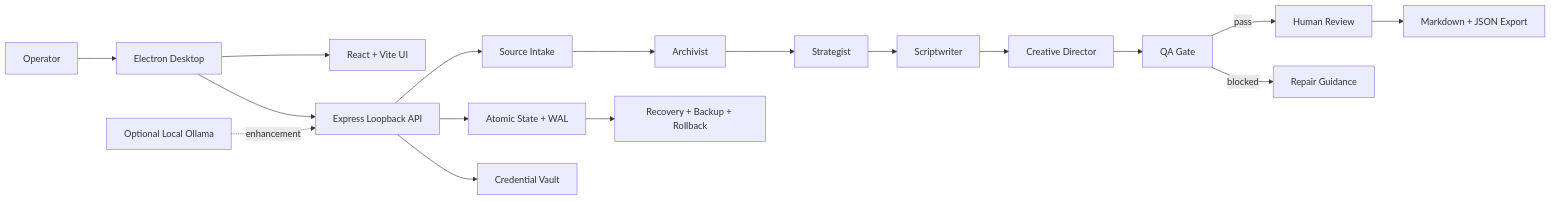
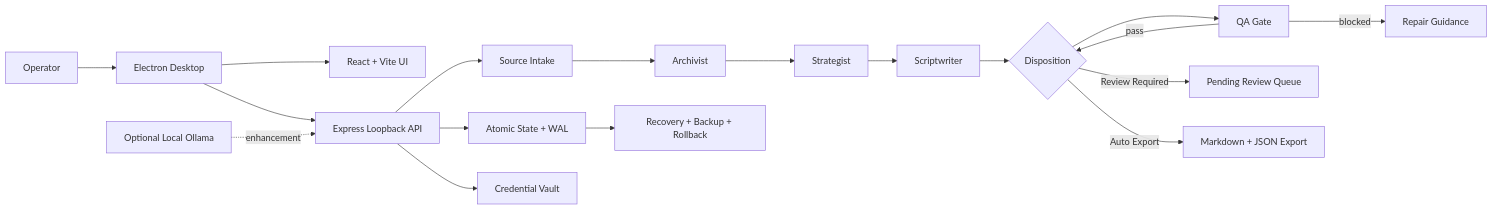
One commit to justinevans4040-cloud/wake-engine-v6 changed the first of 2 diagrams in ARCHITECTURE.md. Above: the diagram before and after it, drawn with Mermaid. The commit also changed other lines of this file and 8 other files, not shown here.

Commit message:
WAK-19: truth-align Review and export claims [wak19-truth-align-done]

````diff
--- a/ARCHITECTURE.md
+++ b/ARCHITECTURE.md
@@ -9,19 +9,20 @@
 ```mermaid
 flowchart LR
     U[Operator] --> E[Electron Desktop]
     E --> R[React + Vite UI]
     E --> X[Express Loopback API]
     X --> S[Source Intake]
     S --> A[Archivist]
     A --> B[Strategist]
     B --> C[Scriptwriter]
     C --> D[Creative Director]
     D --> Q[QA Gate]
-    Q -->|pass| H[Human Review]
+    Q -->|pass| D{Disposition}
     Q -->|blocked| F[Repair Guidance]
-    H --> O[Markdown + JSON Export]
+    D -->|Review Required| H[Pending Review Queue]
+    D -->|Auto Export| O[Markdown + JSON Export]
     X --> P[Atomic State + WAL]
     P --> K[Recovery + Backup + Rollback]
     X --> V[Credential Vault]
     M[Optional Local Ollama] -. enhancement .-> X
 ```
````
